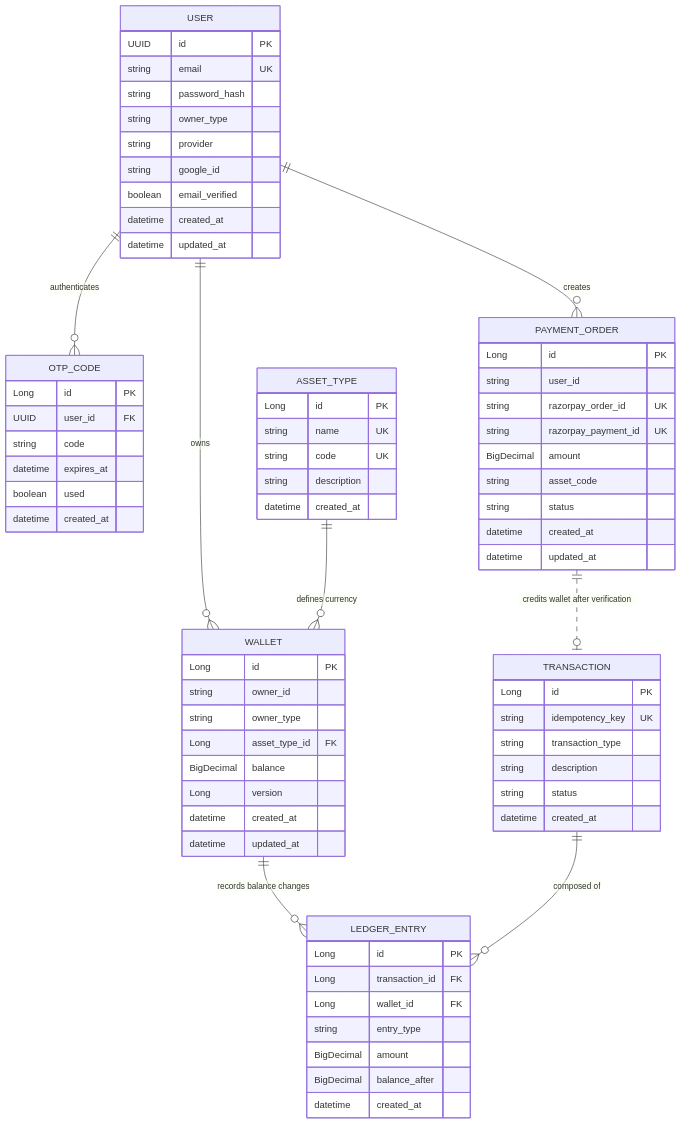
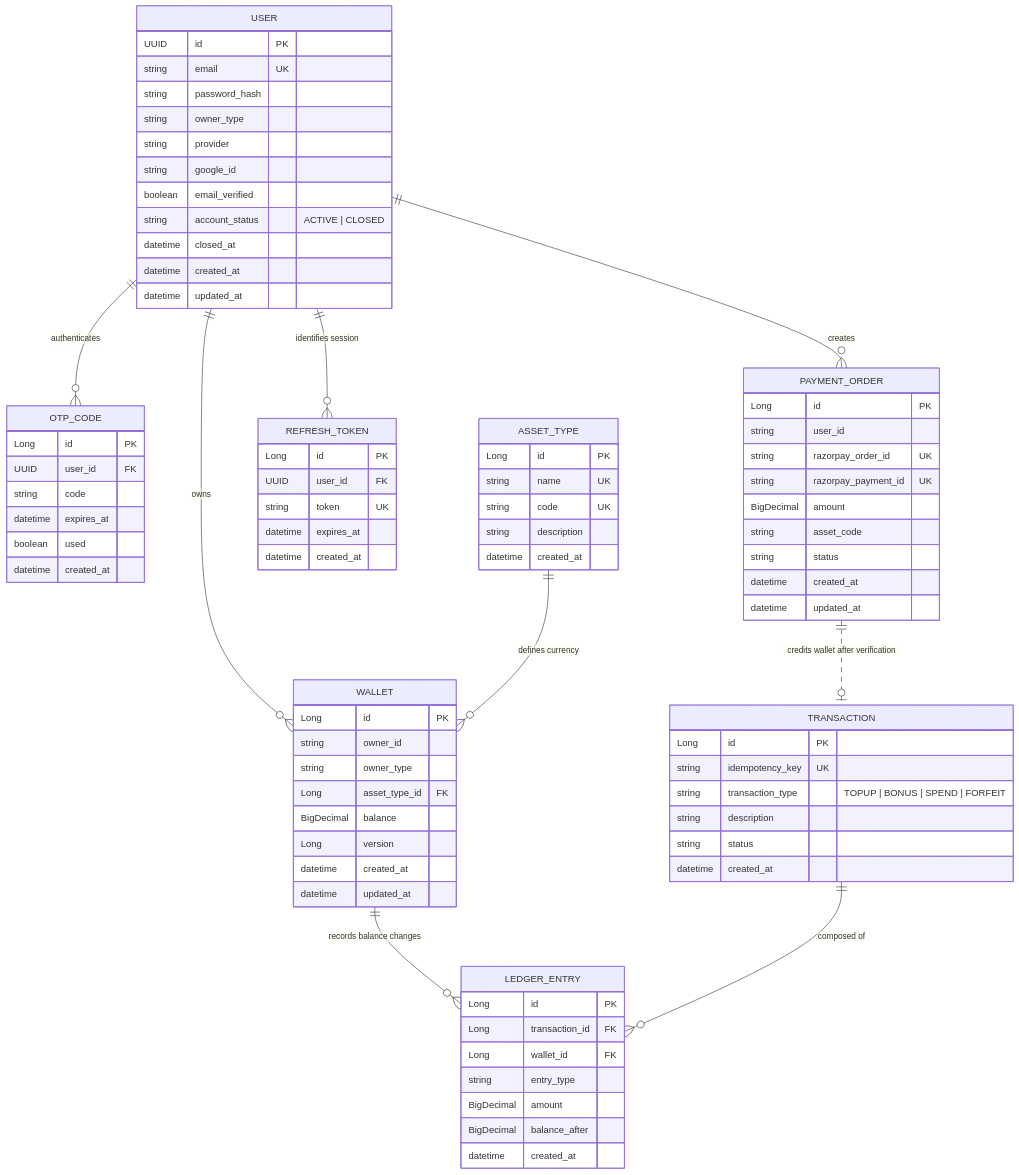
One commit to abhi01-01/Wallet-Service changed the first of 2 diagrams in README.md. Above: the diagram before and after it, drawn with Mermaid. The commit also changed other lines of this file and 22 other files, not shown here.

```diff
--- a/README.md
+++ b/README.md
@@ -41,6 +42,7 @@
     USER ||--o{ WALLET : "owns"
     USER ||--o{ OTP_CODE : "authenticates"
     USER ||--o{ PAYMENT_ORDER : "creates"
+    USER ||--o{ REFRESH_TOKEN : "identifies session"
     ASSET_TYPE ||--o{ WALLET : "defines currency"
     WALLET ||--o{ LEDGER_ENTRY : "records balance changes"
     TRANSACTION ||--o{ LEDGER_ENTRY : "composed of"
@@ -54,8 +56,18 @@
         string provider
         string google_id
         boolean email_verified
+        string account_status "ACTIVE | CLOSED"
+        datetime closed_at
         datetime created_at
         datetime updated_at
+    }
+
+    REFRESH_TOKEN {
+        Long id PK
+        UUID user_id FK
+        string token UK
+        datetime expires_at
+        datetime created_at
     }
 
     WALLET {
@@ -92,7 +104,7 @@
     TRANSACTION {
         Long id PK
         string idempotency_key UK
-        string transaction_type
+        string transaction_type "TOPUP | BONUS | SPEND | FORFEIT"
         string description
         string status
         datetime created_at
```
